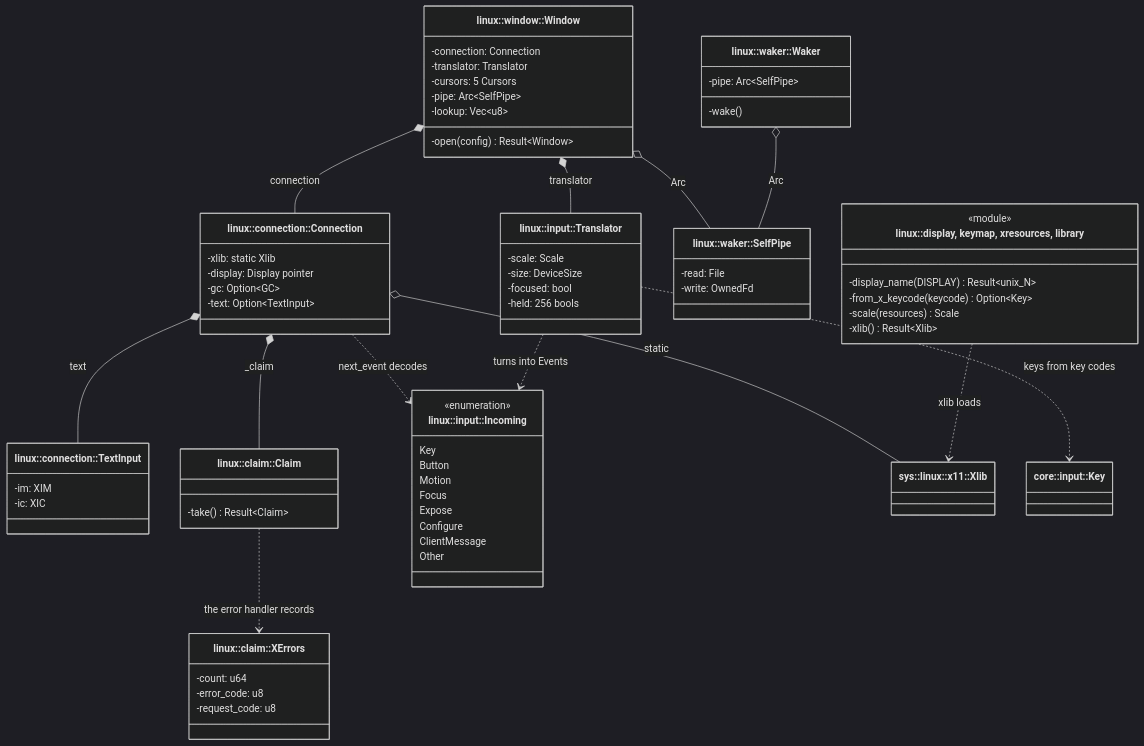
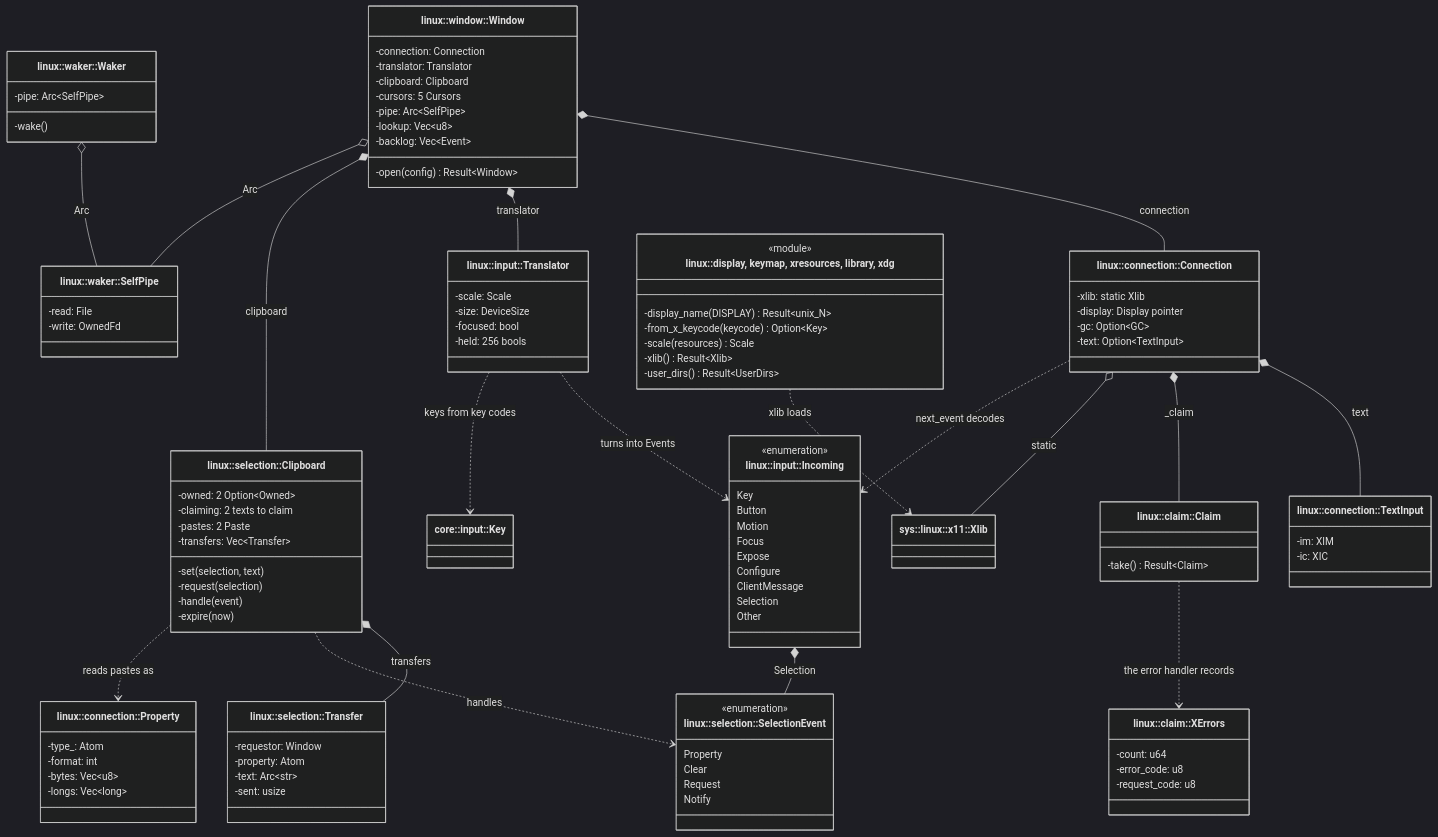
One commit to jabbott-iii/Tidepool changed diagram 33 of 34 in diagrams/class-diagrams.md. Above: the diagram before and after it, drawn with Mermaid (dark theme). The commit also changed other lines of this file and 28 other files, not shown here.

First line of the commit message:
platform: clipboard, paths and dirs on Linux (M2.7)

```diff
--- a/diagrams/class-diagrams.md
+++ b/diagrams/class-diagrams.md
@@ -2615,10 +2643,41 @@
     class LinuxWindow["linux::window::Window"] {
         -connection: Connection
         -translator: Translator
+        -clipboard: Clipboard
         -cursors: 5 Cursors
         -pipe: Arc~SelfPipe~
         -lookup: Vec~u8~
+        -backlog: Vec~Event~
         -open(config) Result~Window~
+    }
+    class Clipboard["linux::selection::Clipboard"] {
+        -owned: 2 Option~Owned~
+        -claiming: 2 texts to claim
+        -pastes: 2 Paste
+        -transfers: Vec~Transfer~
+        -set(selection, text)
+        -request(selection)
+        -handle(event)
+        -expire(now)
+    }
+    class SelectionEvent["linux::selection::SelectionEvent"] {
+        <<enumeration>>
+        Property
+        Clear
+        Request
+        Notify
+    }
+    class Transfer["linux::selection::Transfer"] {
+        -requestor: Window
+        -property: Atom
+        -text: Arc~str~
+        -sent: usize
+    }
+    class Property["linux::connection::Property"] {
+        -type_: Atom
+        -format: int
+        -bytes: Vec~u8~
+        -longs: Vec~long~
     }
     class Connection["linux::connection::Connection"] {
         -xlib: static Xlib
@@ -2653,6 +2712,7 @@
         Expose
         Configure
         ClientMessage
+        Selection
         Other
     }
     class SelfPipe["linux::waker::SelfPipe"] {
@@ -2663,17 +2723,23 @@
         -pipe: Arc~SelfPipe~
         -wake()
     }
-    class Modules["linux::display, keymap, xresources, library"] {
+    class Modules["linux::display, keymap, xresources, library, xdg"] {
         <<module>>
         -display_name(DISPLAY) Result~unix_N~
         -from_x_keycode(keycode) Option~Key~
         -scale(resources) Scale
         -xlib() Result~Xlib~
+        -user_dirs() Result~UserDirs~
     }
     class Xlib["sys::linux::x11::Xlib"]
     class Key["core::input::Key"]
     LinuxWindow *-- Connection : connection
     LinuxWindow *-- Translator : translator
+    LinuxWindow *-- Clipboard : clipboard
+    Clipboard *-- Transfer : transfers
+    Clipboard ..> SelectionEvent : handles
+    Clipboard ..> Property : reads pastes as
+    Incoming *-- SelectionEvent : Selection
     LinuxWindow o-- SelfPipe : Arc
     LinuxWaker o-- SelfPipe : Arc
     Connection *-- TextInput : text
```
